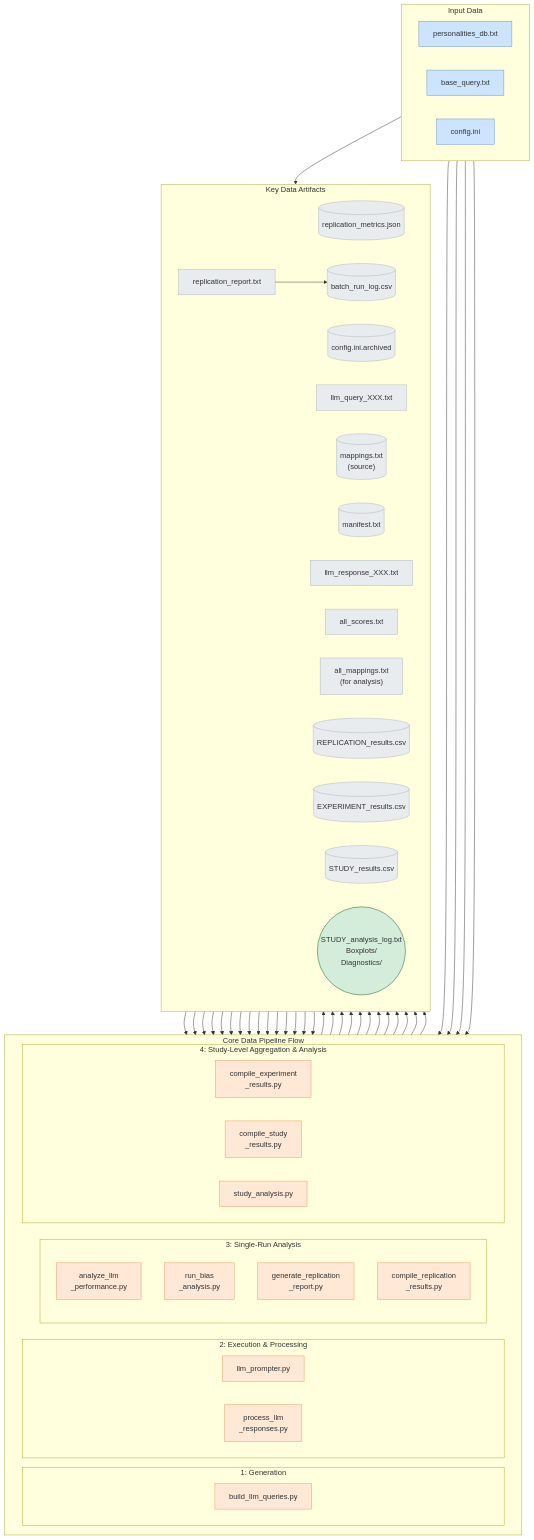
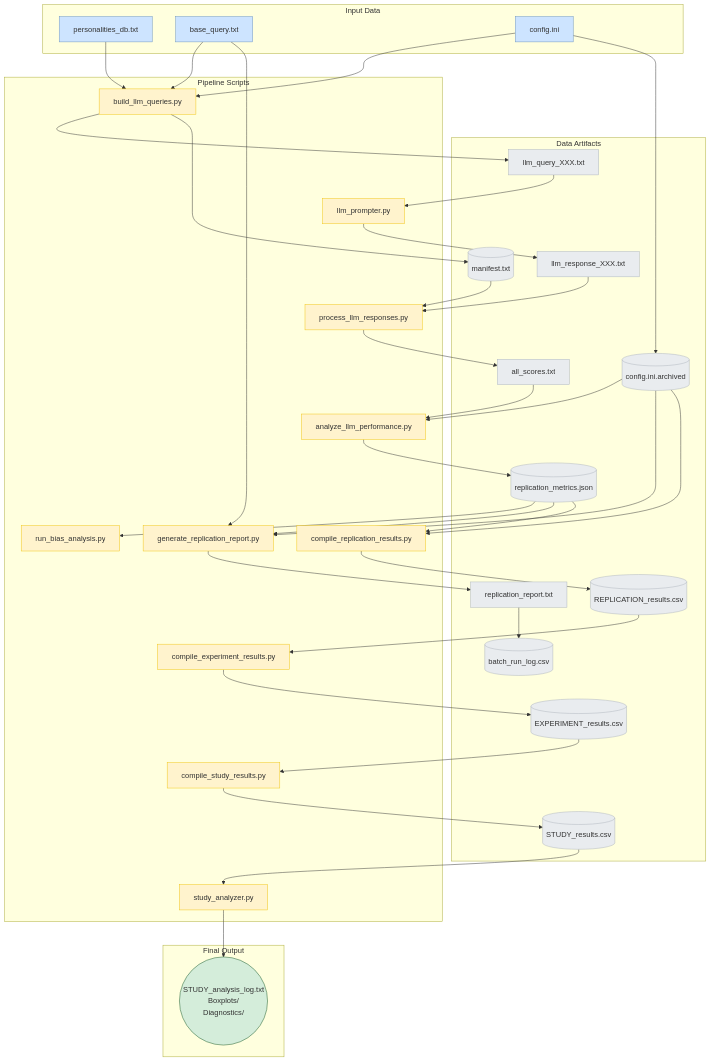
Before and after one commit to peterjmarko/llm-narrative-framework: the diagram in docs/diagrams/data_main_flow.mmd, drawn with Mermaid. The commit also changed 17 other files, not shown here.

```diff
--- a/docs/diagrams/data_main_flow.mmd
+++ b/docs/diagrams/data_main_flow.mmd
@@ -1,115 +1,91 @@
 graph TD
     subgraph "Input Data"
-        direction LR
         Input_PDB["personalities_db.txt"]
         Input_Query["base_query.txt"]
         Input_Config["config.ini"]
     end
 
-    subgraph "Core Data Pipeline Flow"
-        direction LR
-        subgraph "1: Generation"
-             Script1["build_llm_queries.py"]
-        end
-        subgraph "2: Execution & Processing"
-            Script2["llm_prompter.py"]
-            Script3["process_llm<br/>_responses.py"]
-        end
-        subgraph "3: Single-Run Analysis"
-            direction TB
-            Script4["analyze_llm<br/>_performance.py"]
-            Script4b["run_bias<br/>_analysis.py"]
-            Script5["generate_replication<br/>_report.py"]
-            Script6["compile_replication<br/>_results.py"]
-        end
-        subgraph "4: Study-Level Aggregation & Analysis"
-             CompilerExp["compile_experiment<br/>_results.py"]
-             CompilerStudy["compile_study<br/>_results.py"]
-             StudyAnalyzer["study_analysis.py"]
-        end
+    subgraph "Pipeline Scripts"
+        Script1["build_llm_queries.py"]
+        Script2["llm_prompter.py"]
+        Script3["process_llm_responses.py"]
+        Script4["analyze_llm_performance.py"]
+        Script5["run_bias_analysis.py"]
+        Script6["generate_replication_report.py"]
+        Script7["compile_replication_results.py"]
+        Script8["compile_experiment_results.py"]
+        Script9["compile_study_results.py"]
+        Script10["study_analyzer.py"]
     end
 
-    subgraph "Key Data Artifacts"
-        direction LR
+    subgraph "Data Artifacts"
+        Art_archive[("config.ini.archived")]
+        Art_query["llm_query_XXX.txt"]
+        Art_manifest[("manifest.txt")]
+        Art_response["llm_response_XXX.txt"]
+        Art_scores["all_scores.txt"]
         Art_metrics[("replication_metrics.json")]
-        Art1_archive[("config.ini.archived")]
-        Art1_query["llm_query_XXX.txt"]
-        Art1_mappings_src[("mappings.txt<br/>(source)")]
-        Art1_manifest[("manifest.txt")]
-        Art2_response["llm_response_XXX.txt"]
-        Art3_scores["all_scores.txt"]
-        Art3_mappings_analysis["all_mappings.txt<br/>(for analysis)"]
-        Art4_report["replication_report.txt"]
-        BatchRunLog[("batch_run_log.csv")]
-        RepResultsCSV[("REPLICATION_results.csv")]
-        ExpResultsCSV[("EXPERIMENT_results.csv")]
-        StudyResultsCSV[("STUDY_results.csv")]
+        Art_report["replication_report.txt"]
+        Art_rep_results[("REPLICATION_results.csv")]
+        Art_exp_results[("EXPERIMENT_results.csv")]
+        Art_study_results[("STUDY_results.csv")]
+        Art_batch_log[("batch_run_log.csv")]
+    end
+    
+    subgraph "Final Output"
         FinalOutputs(("STUDY_analysis_log.txt<br/>Boxplots/<br/>Diagnostics/"))
     end
 
+    %% --- Data Flow Connections ---
     Input_PDB & Input_Query & Input_Config --> Script1
-    Input_Config --> Art1_archive
+    Input_Config --> Art_archive
+    Script1 --> Art_query
+    Script1 --> Art_manifest
+    Art_query --> Script2
+    Script2 --> Art_response
+    Art_response & Art_manifest --> Script3
+    Script3 --> Art_scores
+    Art_scores & Art_archive --> Script4
+    Script4 --> Art_metrics
+    Art_metrics --> Script5
+    Art_metrics & Art_archive & Input_Query --> Script6
+    Script6 --> Art_report
+    Art_report --> Art_batch_log
+    Art_metrics & Art_archive --> Script7
+    Script7 --> Art_rep_results
+    Art_rep_results --> Script8
+    Script8 --> Art_exp_results
+    Art_exp_results --> Script9
+    Script9 --> Art_study_results
+    Art_study_results --> Script10
+    Script10 --> FinalOutputs
 
-    Script1 --> Art1_query
-    Script1 --> Art1_mappings_src
-    Script1 --> Art1_manifest
+    %% --- Inline Styling ---
+    style Input_PDB fill:#cde4ff,stroke:#6c93be
+    style Input_Query fill:#cde4ff,stroke:#6c93be
+    style Input_Config fill:#cde4ff,stroke:#6c93be
+    
+    style Script1 fill:#fff3cd,stroke:#f1c40f
+    style Script2 fill:#fff3cd,stroke:#f1c40f
+    style Script3 fill:#fff3cd,stroke:#f1c40f
+    style Script4 fill:#fff3cd,stroke:#f1c40f
+    style Script5 fill:#fff3cd,stroke:#f1c40f
+    style Script6 fill:#fff3cd,stroke:#f1c40f
+    style Script7 fill:#fff3cd,stroke:#f1c40f
+    style Script8 fill:#fff3cd,stroke:#f1c40f
+    style Script9 fill:#fff3cd,stroke:#f1c40f
+    style Script10 fill:#fff3cd,stroke:#f1c40f
 
-    Art1_query --> Script2
-    Script2 --> Art2_response
-
-    Art2_response & Art1_mappings_src & Art1_manifest --> Script3
-    Script3 --> Art3_scores
-    Script3 --> Art3_mappings_analysis
-
-    Art3_scores & Art3_mappings_analysis & Art1_archive --> Script4
-    Script4 --> Art_metrics
-
-    Art_metrics --> Script4b
-
-    Art_metrics & Art1_archive & Input_Query --> Script5
-    Script5 --> Art4_report
-
-    Art_metrics & Art1_archive --> Script6
-    Script6 --> RepResultsCSV
+    style Art_archive fill:#e9ecef,stroke:#adb5bd
+    style Art_query fill:#e9ecef,stroke:#adb5bd
+    style Art_manifest fill:#e9ecef,stroke:#adb5bd
+    style Art_response fill:#e9ecef,stroke:#adb5bd
+    style Art_scores fill:#e9ecef,stroke:#adb5bd
+    style Art_metrics fill:#e9ecef,stroke:#adb5bd
+    style Art_report fill:#e9ecef,stroke:#adb5bd
+    style Art_rep_results fill:#e9ecef,stroke:#adb5bd
+    style Art_exp_results fill:#e9ecef,stroke:#adb5bd
+    style Art_study_results fill:#e9ecef,stroke:#adb5bd
+    style Art_batch_log fill:#e9ecef,stroke:#adb5bd
     
-    RepResultsCSV --> CompilerExp
-    CompilerExp --> ExpResultsCSV
-    
-    Art4_report --> BatchRunLog
-    ExpResultsCSV --> CompilerStudy
-
-    CompilerStudy --> StudyResultsCSV
-
-    StudyResultsCSV --> StudyAnalyzer
-    StudyAnalyzer --> FinalOutputs
-
-    style Input_PDB fill:#cde4ff,stroke:#6c93be,color:#333
-    style Input_Query fill:#cde4ff,stroke:#6c93be,color:#333
-    style Input_Config fill:#cde4ff,stroke:#6c93be,color:#333
-    
-    style Script1 fill:#ffe8d6,stroke:#e59866,color:#333
-    style Script2 fill:#ffe8d6,stroke:#e59866,color:#333
-    style Script3 fill:#ffe8d6,stroke:#e59866,color:#333
-    style Script4 fill:#ffe8d6,stroke:#e59866,color:#333
-    style Script4b fill:#ffe8d6,stroke:#e59866,color:#333
-    style Script5 fill:#ffe8d6,stroke:#e59866,color:#333
-    style Script6 fill:#ffe8d6,stroke:#e59866,color:#333
-    style CompilerExp fill:#ffe8d6,stroke:#e59866,color:#333
-    style CompilerStudy fill:#ffe8d6,stroke:#e59866,color:#333
-    style StudyAnalyzer fill:#ffe8d6,stroke:#e59866,color:#333
-    
-    style Art_metrics fill:#e9ecef,stroke:#adb5bd,color:#333
-    style Art1_archive fill:#e9ecef,stroke:#adb5bd,color:#333
-    style Art1_query fill:#e9ecef,stroke:#adb5bd,color:#333
-    style Art1_mappings_src fill:#e9ecef,stroke:#adb5bd,color:#333
-    style Art1_manifest fill:#e9ecef,stroke:#adb5bd,color:#333
-    style Art2_response fill:#e9ecef,stroke:#adb5bd,color:#333
-    style Art3_scores fill:#e9ecef,stroke:#adb5bd,color:#333
-    style Art3_mappings_analysis fill:#e9ecef,stroke:#adb5bd,color:#333
-    style Art4_report fill:#e9ecef,stroke:#adb5bd,color:#333
-    style BatchRunLog fill:#e9ecef,stroke:#adb5bd,color:#333
-    style RepResultsCSV fill:#e9ecef,stroke:#adb5bd,color:#333
-    style ExpResultsCSV fill:#e9ecef,stroke:#adb5bd,color:#333
-    style StudyResultsCSV fill:#e9ecef,stroke:#adb5bd,color:#333
-    
-    style FinalOutputs fill:#d4edda,stroke:#155724,color:#333
+    style FinalOutputs fill:#d4edda,stroke:#155724
```
